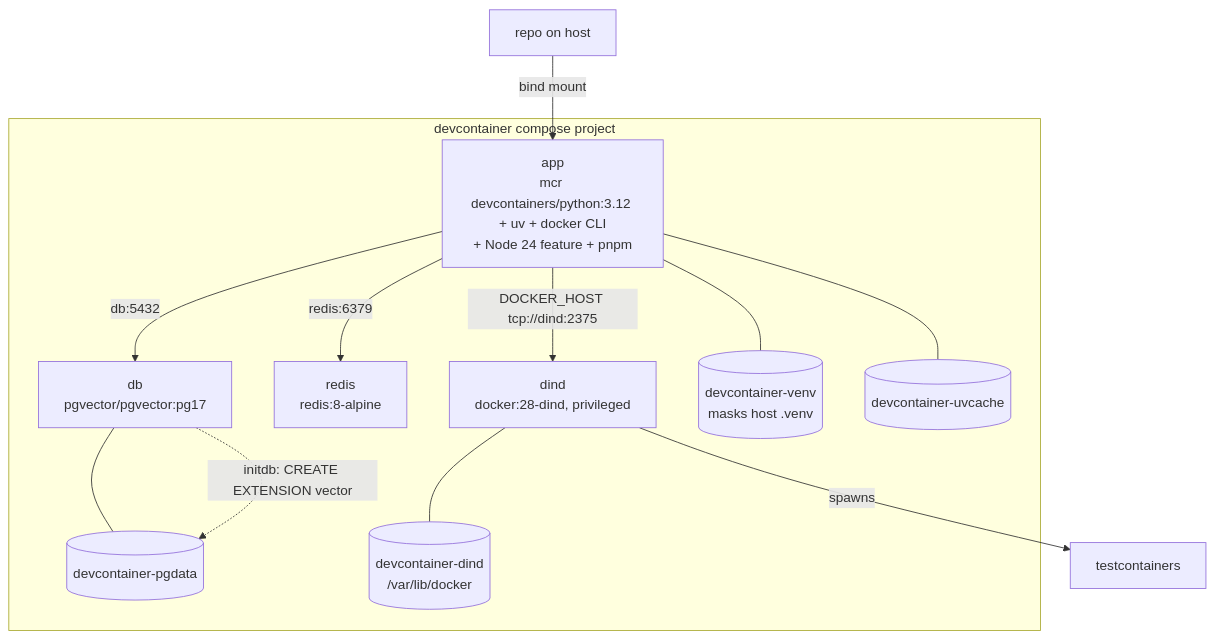
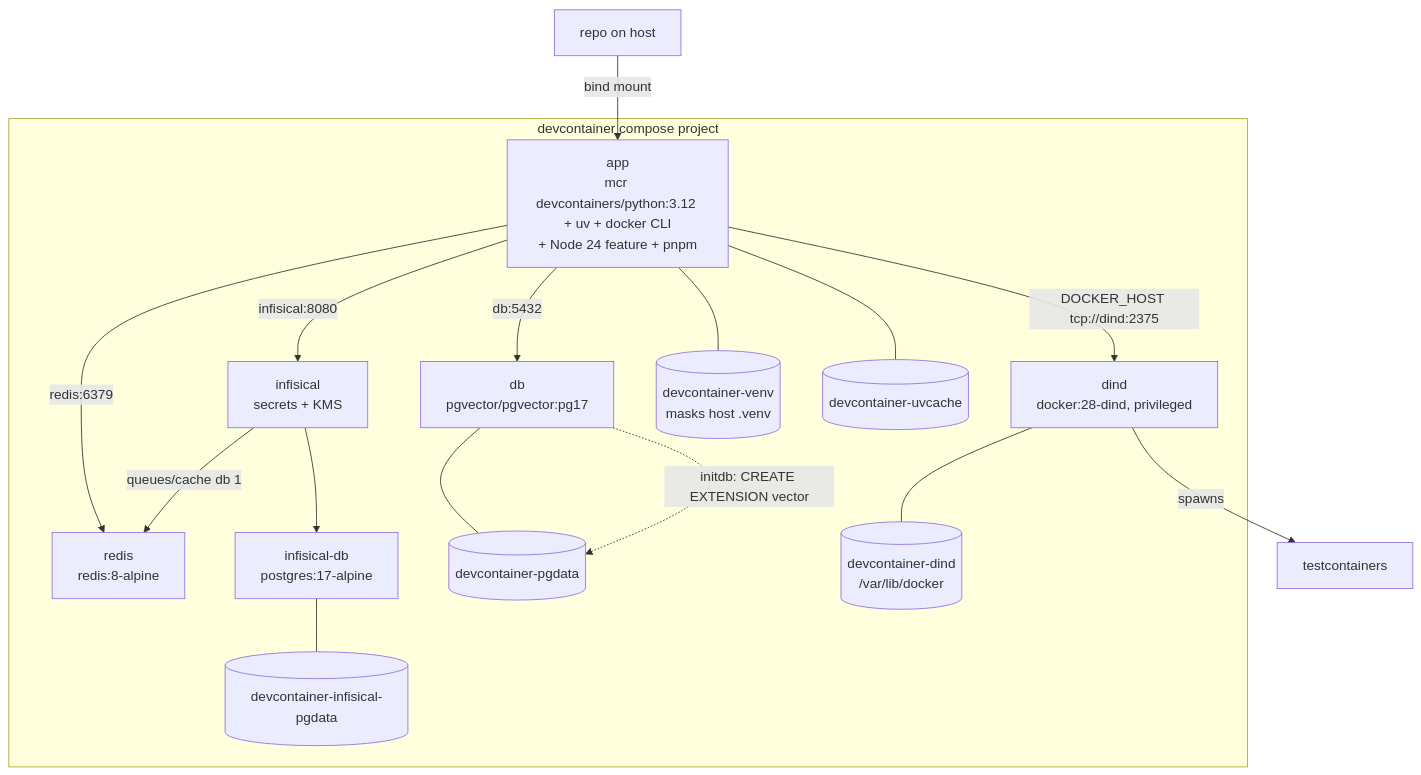
Before and after one commit to mac-lisowski/project-taipan: the first of 4 diagrams in docs/devcontainer.md, drawn with Mermaid. The commit also changed other lines of this file and 40 other files, not shown here.

````diff
--- a/docs/devcontainer.md
+++ b/docs/devcontainer.md
@@ -9,23 +10,30 @@
 ```mermaid
 graph TD
   subgraph devcontainer compose project
     A[app<br>mcr devcontainers/python:3.12 + uv + docker CLI<br>+ Node 24 feature + pnpm]
     B[db<br>pgvector/pgvector:pg17]
     E[redis<br>redis:8-alpine]
+    I[infisical<br>secrets + KMS]
+    IB[infisical-db<br>postgres:17-alpine]
     D[dind<br>docker:28-dind, privileged]
     V1[(devcontainer-venv<br>masks host .venv)]
     V2[(devcontainer-pgdata)]
     V3[(devcontainer-uvcache)]
     V4[(devcontainer-dind<br>/var/lib/docker)]
+    V5[(devcontainer-infisical-pgdata)]
   end
   R[repo on host] -->|bind mount| A
   A -->|db:5432| B
   A -->|redis:6379| E
+  A -->|infisical:8080| I
   A -->|DOCKER_HOST tcp://dind:2375| D
+  I --> IB
+  I -->|queues/cache db 1| E
   D -->|spawns| T[testcontainers]
   A --- V1
   A --- V3
   B --- V2
+  IB --- V5
   D --- V4
   B -.->|initdb: CREATE EXTENSION vector| V2
 ```
````
